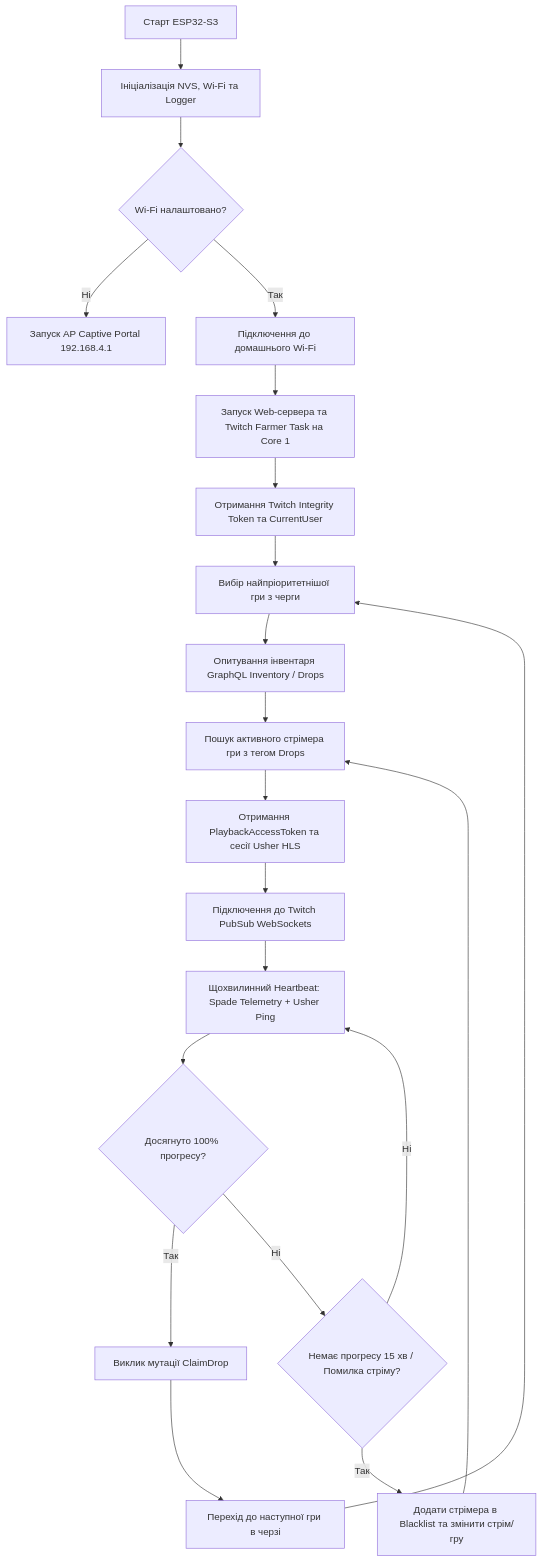
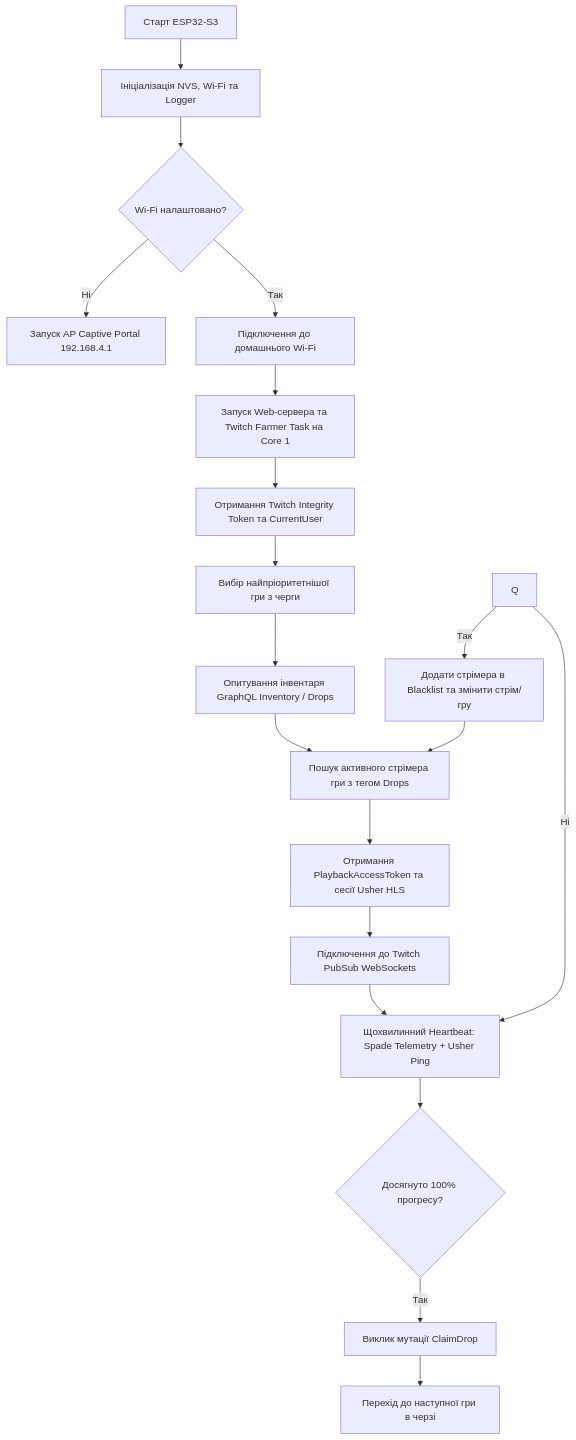
Before and after one commit to Valikdestroer/ESP-TWITCH-FARM: the diagram in project.md, drawn with Mermaid. The commit also changed other lines of this file and 13 other files, not shown here.

````diff
--- a/project.md
+++ b/project.md
@@ -93,23 +93,21 @@
 ```mermaid
 flowchart TD
     A[Старт ESP32-S3] --> B[Ініціалізація NVS, Wi-Fi та Logger]
     B --> C{Wi-Fi налаштовано?}
     C -- Ні --> D[Запуск AP Captive Portal 192.168.4.1]
     C -- Так --> E[Підключення до домашнього Wi-Fi]
     E --> F[Запуск Web-сервера та Twitch Farmer Task на Core 1]
     F --> G[Отримання Twitch Integrity Token та CurrentUser]
     G --> H[Вибір найпріоритетнішої гри з черги]
     H --> I[Опитування інвентаря GraphQL Inventory / Drops]
     I --> J[Пошук активного стрімера гри з тегом Drops]
     J --> K[Отримання PlaybackAccessToken та сесії Usher HLS]
     K --> L[Підключення до Twitch PubSub WebSockets]
     L --> M[Щохвилинний Heartbeat: Spade Telemetry + Usher Ping]
     M --> N{Досягнуто 100% прогресу?}
     N -- Так --> O[Виклик мутації ClaimDrop]
     O --> P[Перехід до наступної гри в черзі]
-    P --> H
-    N -- Ні --> Q{Немає прогресу 15 хв / Помилка стріму?}
     Q -- Так --> R[Додати стрімера в Blacklist та змінити стрім/гру]
     R --> J
     Q -- Ні --> M
 ```
````
